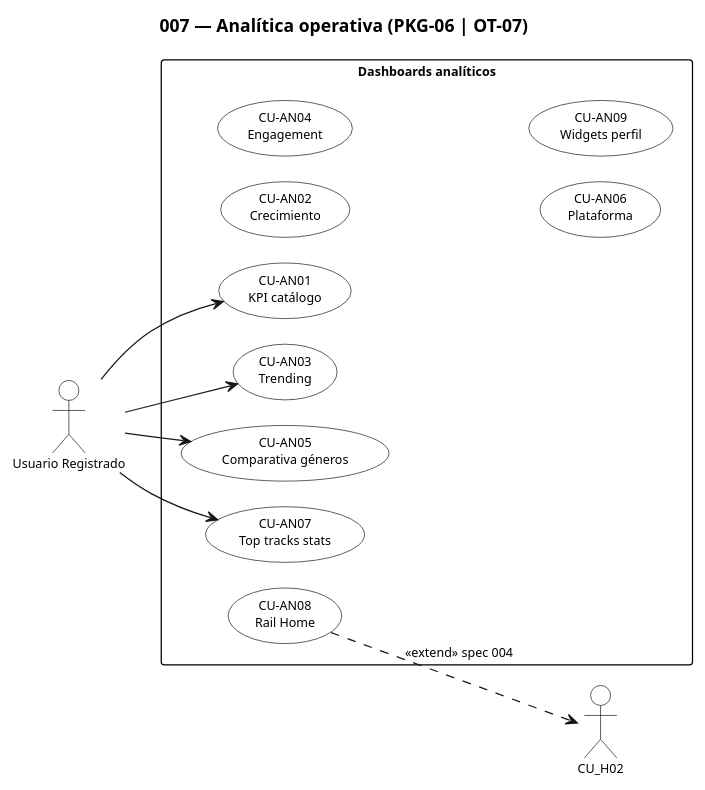
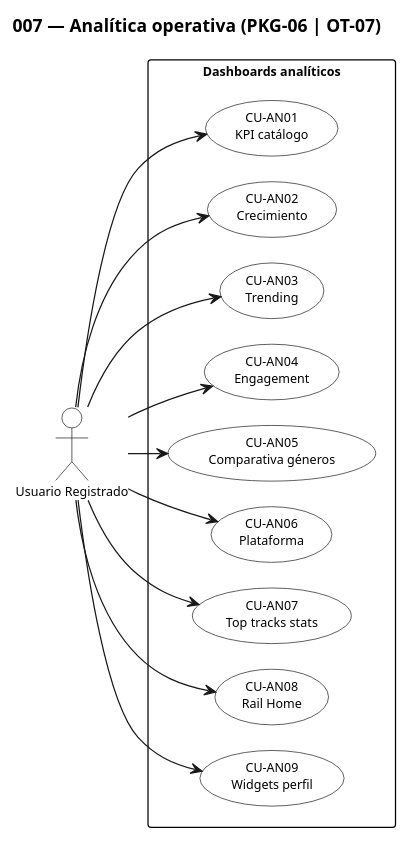
Before and after one commit to JosephACS/VOXMETRIKS: the diagram in docs/uml/packages/uc-007-analitica.puml, drawn with PlantUML. The commit also changed 6 other files, not shown here.

```diff
--- a/docs/uml/packages/uc-007-analitica.puml
+++ b/docs/uml/packages/uc-007-analitica.puml
@@ -1,43 +1,47 @@
 @startuml uc-007-analitica
 skinparam monochrome true
 skinparam shadowing false
 skinparam packageStyle rectangle
 skinparam actorStyle stickman
 skinparam defaultFontSize 10
 skinparam nodesep 20
 skinparam ranksep 24
 skinparam usecase {
   BackgroundColor white
   BorderColor black
 }
 skinparam actor {
   BackgroundColor white
   BorderColor black
 }
 skinparam rectangle {
   BackgroundColor white
   BorderColor black
 }
 left to right direction
 title 007 — Analítica operativa (PKG-06 | OT-07)
 
 actor "Usuario Registrado" as User
 
 rectangle "Dashboards analíticos" {
   usecase "CU-AN01\nKPI catálogo" as CU_AN01
   usecase "CU-AN02\nCrecimiento" as CU_AN02
   usecase "CU-AN03\nTrending" as CU_AN03
   usecase "CU-AN04\nEngagement" as CU_AN04
   usecase "CU-AN05\nComparativa géneros" as CU_AN05
   usecase "CU-AN06\nPlataforma" as CU_AN06
   usecase "CU-AN07\nTop tracks stats" as CU_AN07
   usecase "CU-AN08\nRail Home" as CU_AN08
   usecase "CU-AN09\nWidgets perfil" as CU_AN09
 }
 User --> CU_AN01
+User --> CU_AN02
 User --> CU_AN03
+User --> CU_AN04
 User --> CU_AN05
+User --> CU_AN06
 User --> CU_AN07
-CU_AN08 ..> CU_H02 : <<extend>> spec 004
+User --> CU_AN08
+User --> CU_AN09
 
 @enduml
```
